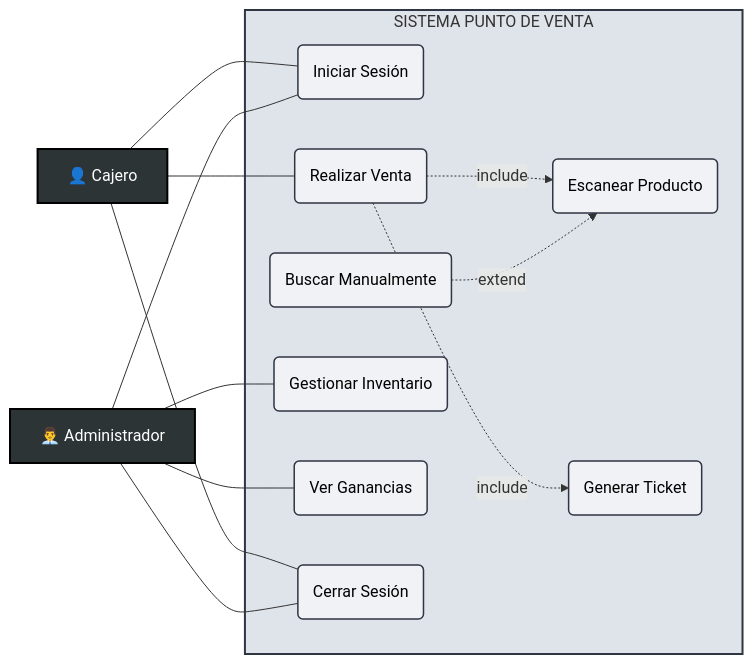
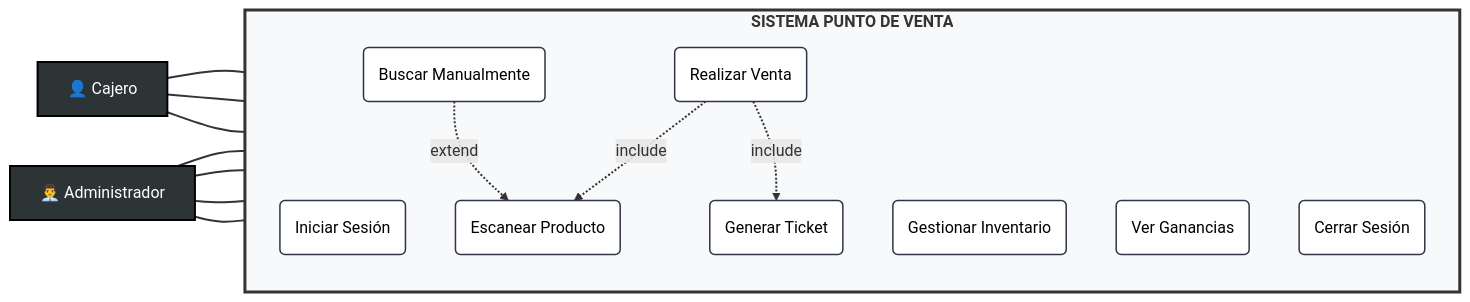
The diagram in README.md (jose23070088-oss/Documentaci-n-Proyecto), drawn with Mermaid before and after one commit.

````diff
--- a/README.md
+++ b/README.md
@@ -179,40 +179,42 @@
 ```mermaid
 graph LR
-    %% Configuración de Colores y Contraste
+    %% Configuración de Estilos Globales
     classDef actorStyle fill:#2d3436,stroke:#000,color:#fff,stroke-width:2px;
-    classDef caseStyle fill:#f1f2f6,stroke:#2f3542,color:#000,stroke-width:1.5px;
-    classDef systemStyle fill:#ffffff,stroke:#2f3542,stroke-width:3px,color:#000;
+    classDef caseStyle fill:#ffffff,stroke:#2f3542,color:#000,stroke-width:1.5px;
+    classDef labelStyle background-color:#444,color:#fff,font-weight:bold;
 
-    %% Definición de Actores con Iconos
+    %% Actores
     C[👤 Cajero]:::actorStyle
     A[👨‍💼 Administrador]:::actorStyle
 
-    subgraph Sistema ["SISTEMA PUNTO DE VENTA"]
+    subgraph Sistema ["<span style='color:#000; font-size:18px; font-weight:bold;'>SISTEMA PUNTO DE VENTA</span>"]
+        direction TB
         UC1(Iniciar Sesión):::caseStyle
         UC2(Realizar Venta):::caseStyle
         UC3(Escanear Producto):::caseStyle
         UC4(Buscar Manualmente):::caseStyle
         UC5(Generar Ticket):::caseStyle
         UC6(Gestionar Inventario):::caseStyle
         UC7(Ver Ganancias):::caseStyle
         UC8(Cerrar Sesión):::caseStyle
     end
 
-    %% Relaciones Principales
+    %% Conexiones con Actores (Forzamos color negro en las líneas)
     C --- UC1
     C --- UC2
     C --- UC8
 
     A --- UC1
     A --- UC6
     A --- UC7
     A --- UC8
 
-    %% Relaciones de Dependencia
+    %% Relaciones Técnicas con etiquetas legibles
     UC2 -.->|include| UC3
     UC2 -.->|include| UC5
     UC4 -.->|extend| UC3
 
-    %% Aplicar estilo al contenedor
-    style Sistema fill:#dfe4ea,stroke:#2f3542,stroke-width:2px
+    %% Forzar visibilidad de líneas y textos específicos
+    linkStyle default stroke:#333,stroke-width:2px;
+    style Sistema fill:#f8f9fa,stroke:#333,stroke-width:3px;
 ```
````
